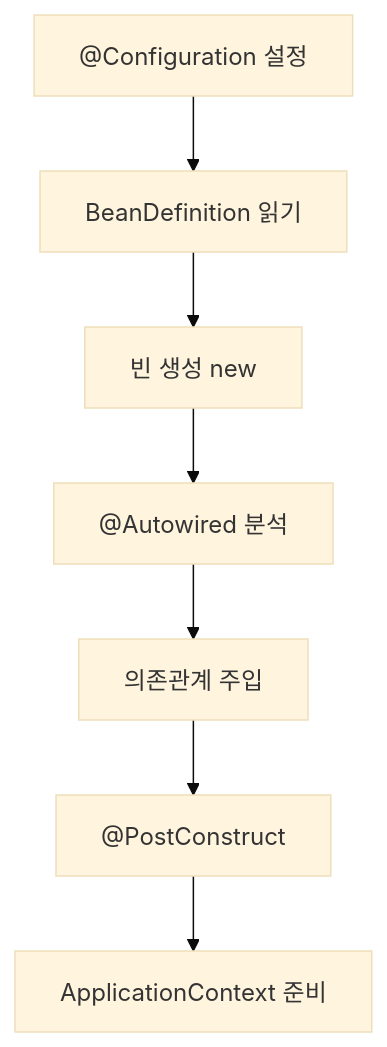
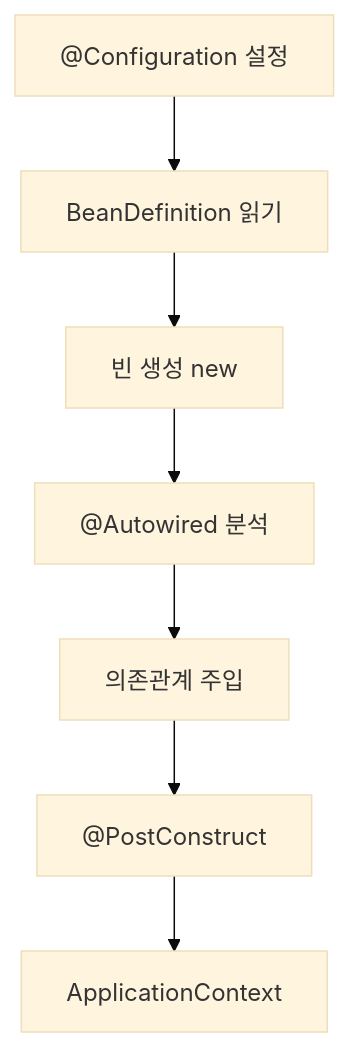
One commit to yjkim2015/yjkim2015.github.io changed the first of 13 diagrams in _posts/spring/2026-05-02-spring-core-basic.md. Above: the diagram before and after it, drawn with Mermaid (base theme). The commit also changed other lines of this file and 271 other files, not shown here.

First line of the commit message:
Mermaid 라벨 축소: 긴 노드 텍스트 18자 이하로 트림 + \n 제거

````diff
--- a/_posts/spring/2026-05-02-spring-core-basic.md
+++ b/_posts/spring/2026-05-02-spring-core-basic.md
@@ -83,9 +83,9 @@
 ```mermaid
 graph TD
     A["@Configuration 설정"] --> B["BeanDefinition 읽기"]
     B --> C["빈 생성 new"]
     C --> D["@Autowired 분석"]
     D --> E["의존관계 주입"]
     E --> F["@PostConstruct"]
-    F --> G["ApplicationContext 준비"]
+    F --> G["ApplicationContext"]
 ```
````
